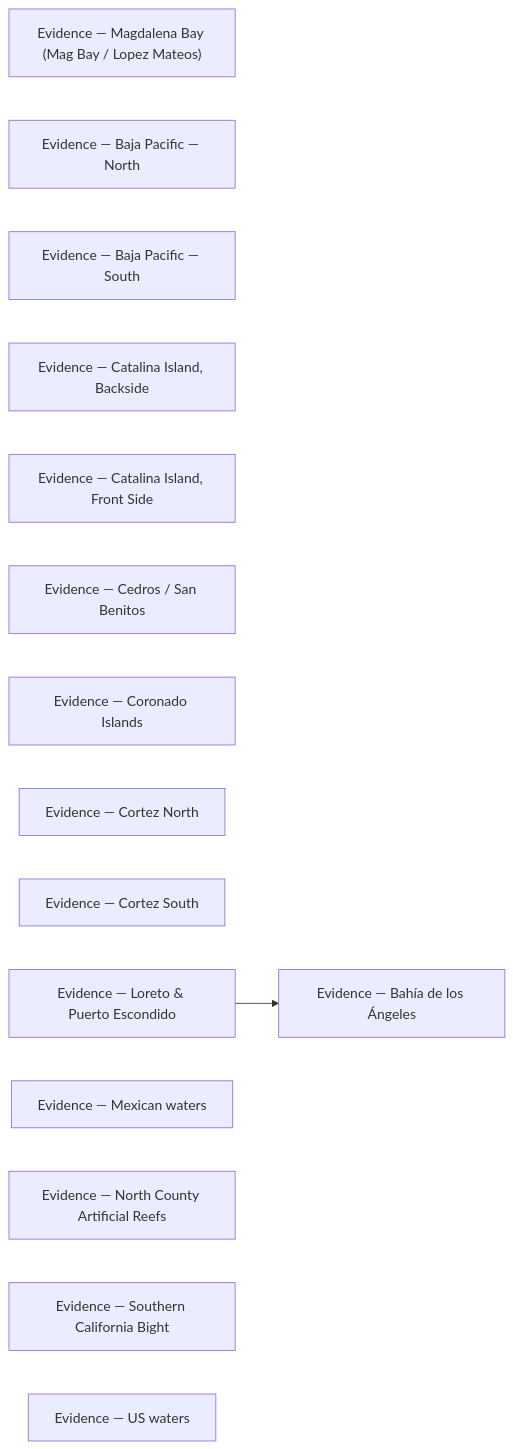
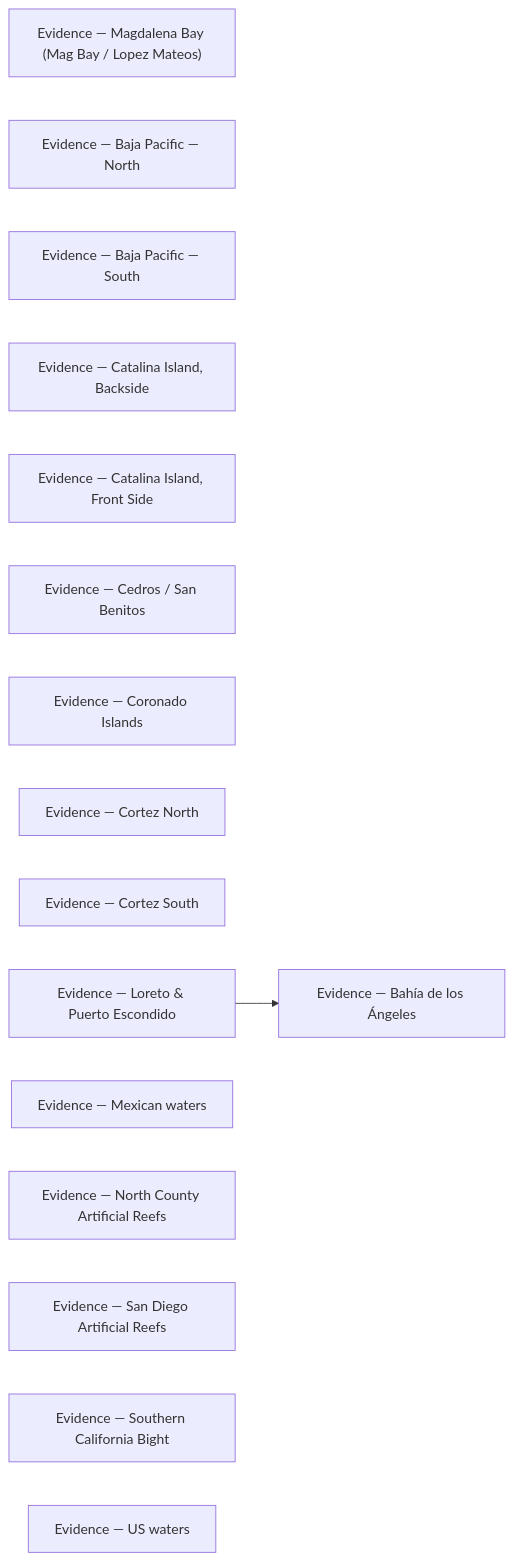
Before and after one commit to camchuckpete-max/Socal-Fishing-Knowledge: the diagram in locations/evidence/README.md, drawn with Mermaid. The commit also changed other lines of this file and 21 other files, not shown here.

Commit message:
review: locations/san-diego-artificial-reefs.md — review: locations/san-diego-artificial-reefs.md — geo

````diff
--- a/locations/evidence/README.md
+++ b/locations/evidence/README.md
@@ -28,19 +29,20 @@
 ```mermaid
 graph LR
   n0["Evidence — Bahía de los Ángeles"]
   n1["Evidence — Magdalena Bay (Mag Bay / Lopez Mateos)"]
   n2["Evidence — Baja Pacific — North"]
   n3["Evidence — Baja Pacific — South"]
   n4["Evidence — Catalina Island, Backside"]
   n5["Evidence — Catalina Island, Front Side"]
   n6["Evidence — Cedros / San Benitos"]
   n7["Evidence — Coronado Islands"]
   n8["Evidence — Cortez North"]
   n9["Evidence — Cortez South"]
   n10["Evidence — Loreto & Puerto Escondido"]
   n11["Evidence — Mexican waters"]
   n12["Evidence — North County Artificial Reefs"]
-  n13["Evidence — Southern California Bight"]
-  n14["Evidence — US waters"]
+  n13["Evidence — San Diego Artificial Reefs"]
+  n14["Evidence — Southern California Bight"]
+  n15["Evidence — US waters"]
   n10 --> n0
 ```
````
